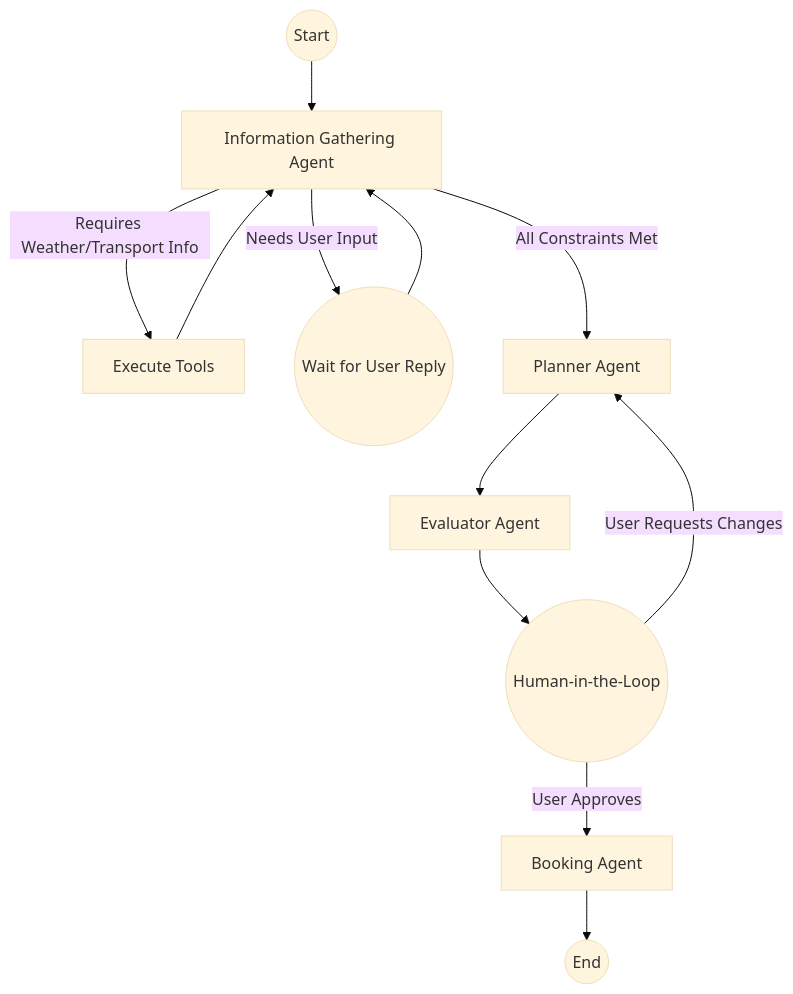
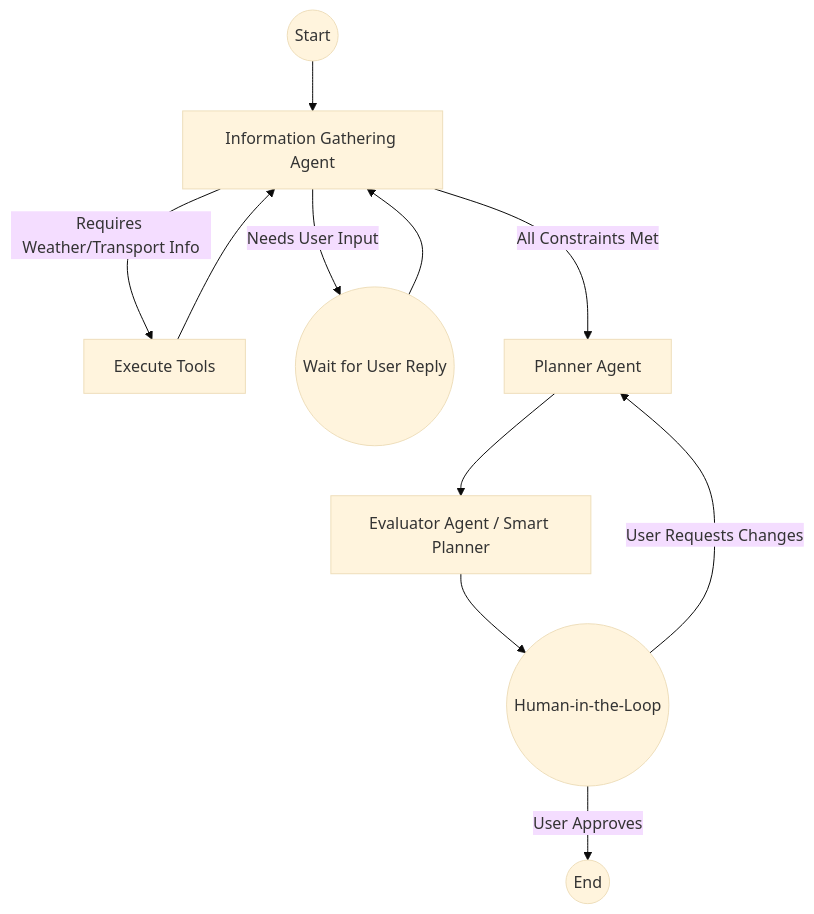
The diagram in DESIGN_DECISIONS.md (Dulanagit/TravelAgent), drawn with Mermaid (base theme) before and after one commit. The commit also changed other lines of this file and 2 other files, not shown here.

Commit message:
add agent diagram

````diff
--- a/DESIGN_DECISIONS.md
+++ b/DESIGN_DECISIONS.md
@@ -11,19 +11,18 @@
 ```mermaid
 graph TD
     START((Start)) --> CHATBOT[Information Gathering Agent]
     
     CHATBOT --> |Requires Weather/Transport Info| TOOLS[Execute Tools]
     TOOLS --> CHATBOT
     
     CHATBOT --> |Needs User Input| USER_INPUT((Wait for User Reply))
     USER_INPUT --> CHATBOT
     
     CHATBOT --> |All Constraints Met| PLANNER[Planner Agent]
     
-    PLANNER --> EVALUATOR[Evaluator Agent]
+    PLANNER --> EVALUATOR[Evaluator Agent / Smart Planner]
     EVALUATOR --> HITL((Human-in-the-Loop))
     
     HITL --> |User Requests Changes| PLANNER
-    HITL --> |User Approves| BOOKING[Booking Agent]
-    BOOKING --> END((End))
+    HITL --> |User Approves| END((End))
 ```
````
